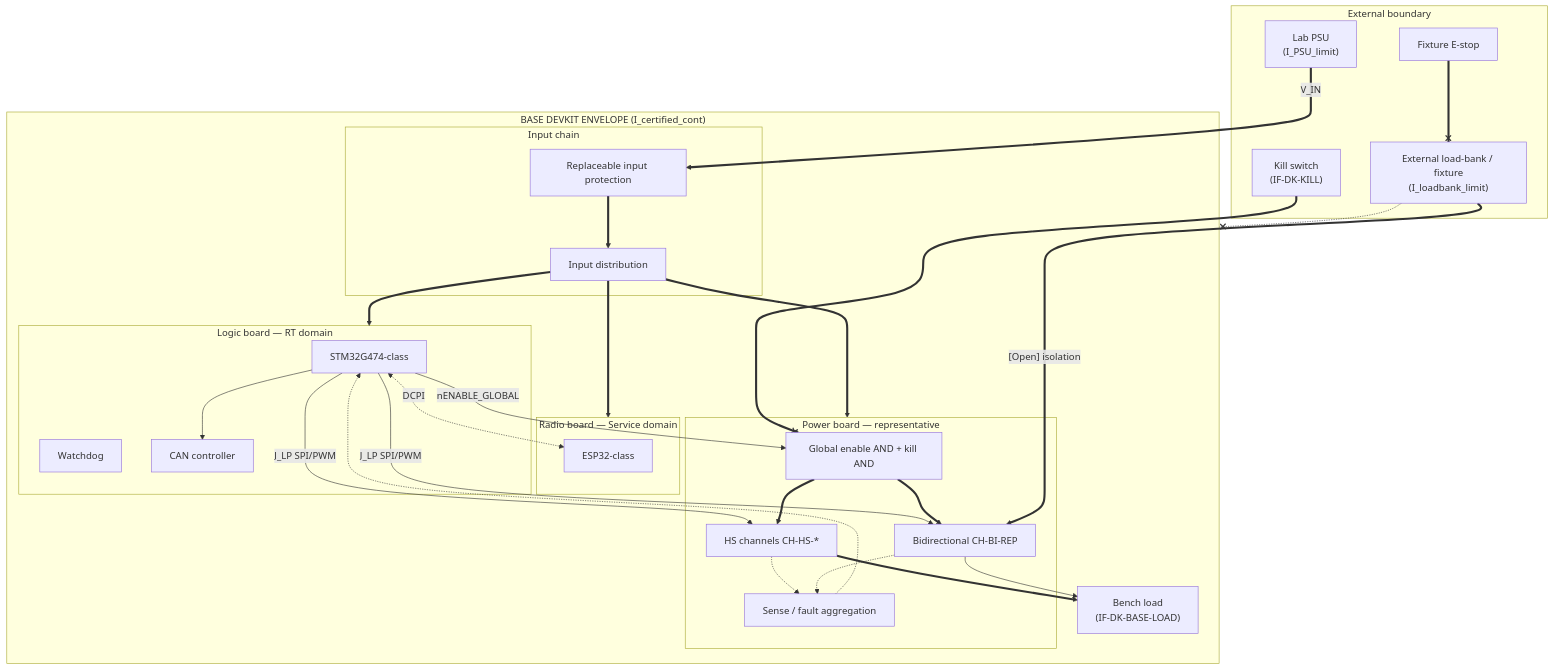
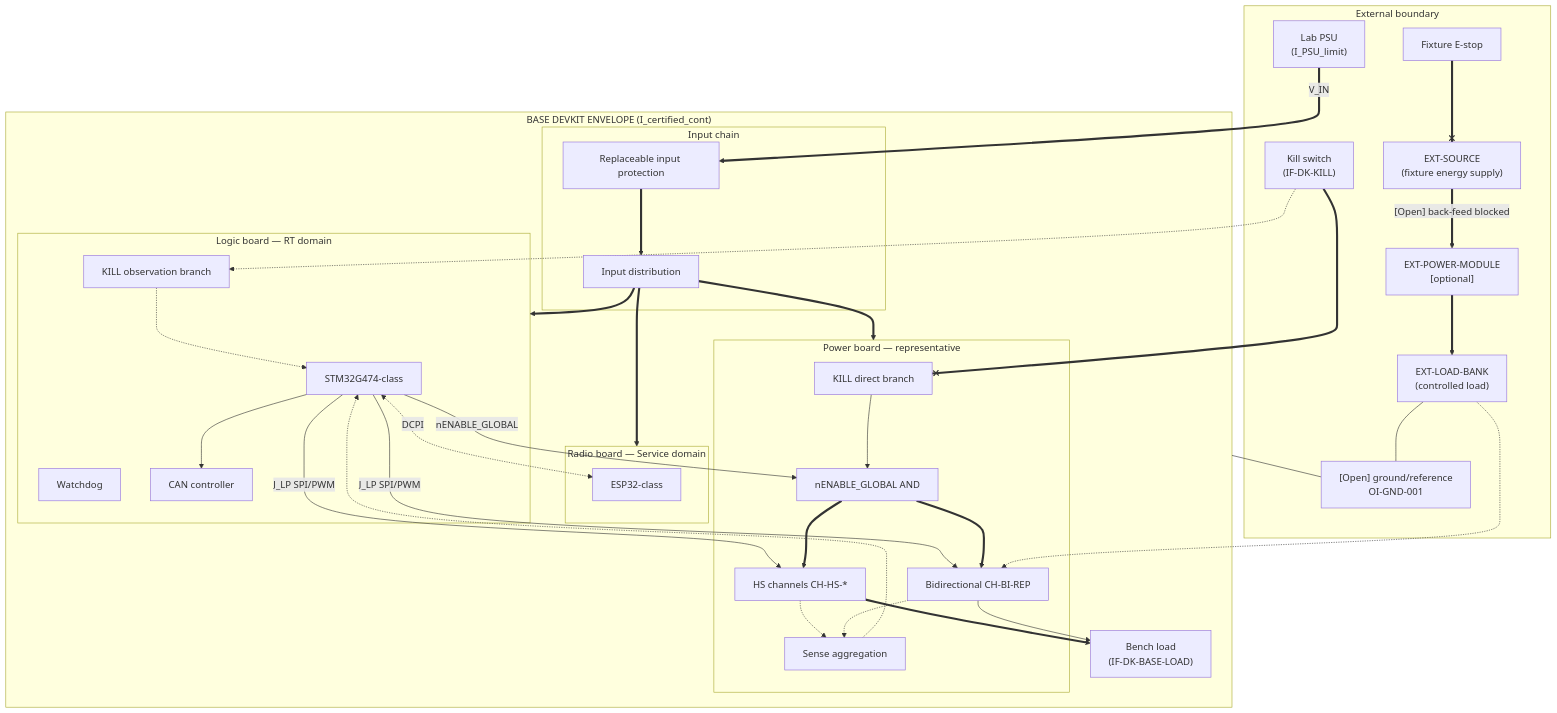
Before and after one commit to Gr1mSkull/Project-Drive-Core: the first of 6 diagrams in docs/DevKit/DevKit_Functional_Block_Diagram.md, drawn with Mermaid. The commit also changed other lines of this file and 9 other files, not shown here.

First line of the commit message:
WP-010-R1: Functional electrical architecture consistency corrections

````diff
--- a/docs/DevKit/DevKit_Functional_Block_Diagram.md
+++ b/docs/DevKit/DevKit_Functional_Block_Diagram.md
@@ -23,61 +23,72 @@
 ```mermaid
 flowchart TB
     subgraph EXT["External boundary"]
         PSU["Lab PSU<br/>(I_PSU_limit)"]
         KILL_SW["Kill switch<br/>(IF-DK-KILL)"]
-        FIX["External load-bank / fixture<br/>(I_loadbank_limit)"]
+        EXT_SRC["EXT-SOURCE<br/>(fixture energy supply)"]
+        EXT_LB["EXT-LOAD-BANK<br/>(controlled load)"]
+        EXT_MOD["EXT-POWER-MODULE<br/>[optional]"]
         ESTOP["Fixture E-stop"]
+        GND_OPEN["[Open] ground/reference<br/>OI-GND-001"]
     end
 
     subgraph BASE["BASE DEVKIT ENVELOPE (I_certified_cont)"]
         subgraph IN["Input chain"]
             PROT["Replaceable input protection"]
             DIST["Input distribution"]
         end
 
         subgraph LOGIC["Logic board — RT domain"]
             STM["STM32G474-class"]
             WD["Watchdog"]
             CAN["CAN controller"]
+            KILL_OBS["KILL observation branch"]
         end
 
         subgraph RADIO["Radio board — Service domain"]
             ESP["ESP32-class"]
         end
 
         subgraph POWER["Power board — representative"]
-            GLOB["Global enable AND + kill AND"]
+            KILL_DIR["KILL direct branch"]
+            GLOB["nENABLE_GLOBAL AND"]
             HS["HS channels CH-HS-*"]
             BI["Bidirectional CH-BI-REP"]
-            SENSE["Sense / fault aggregation"]
+            SENSE["Sense aggregation"]
         end
 
         BENCH["Bench load<br/>(IF-DK-BASE-LOAD)"]
     end
 
     PSU ==>|V_IN| PROT
     PROT ==> DIST
     DIST ==> LOGIC
     DIST ==> RADIO
     DIST ==> POWER
 
-    KILL_SW ==x GLOB
+    KILL_SW ==x KILL_DIR
+    KILL_SW -.-> KILL_OBS
+    KILL_OBS -.-> STM
     STM -->|nENABLE_GLOBAL| GLOB
+    KILL_DIR --> GLOB
     STM -->|J_LP SPI/PWM| HS
     STM -->|J_LP SPI/PWM| BI
     STM <-.->|DCPI| ESP
     STM --> CAN
 
     GLOB ==> HS
     GLOB ==> BI
     HS ==> BENCH
     BI --> BENCH
 
     HS -.-> SENSE
     BI -.-> SENSE
     SENSE -.-> STM
 
-    FIX ==>|"[Open] isolation"| BI
-    ESTOP ==x FIX
-    FIX -.-x BASE
+    EXT_SRC ==>|"[Open] back-feed blocked"| EXT_MOD
+    EXT_MOD ==> EXT_LB
+    EXT_LB -.-> BI
+    ESTOP ==x EXT_SRC
+    EXT_LB --- GND_OPEN
+    BASE --- GND_OPEN
 ```
````
